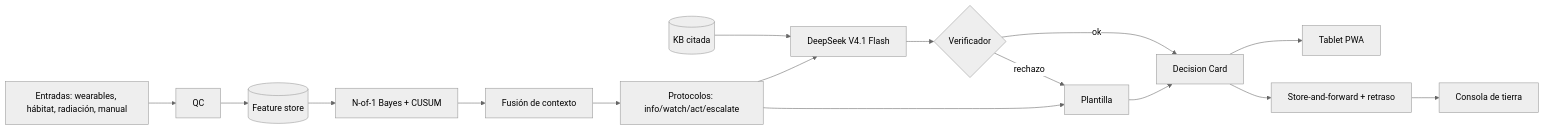
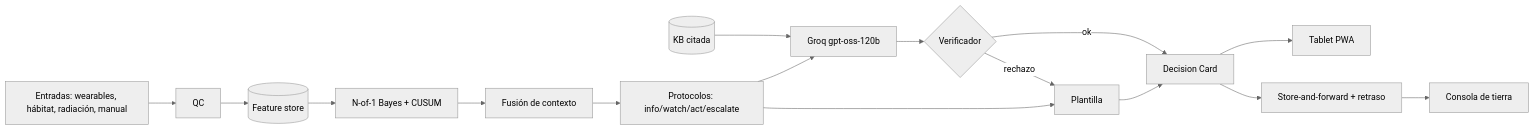
The diagram in vault/03-Architecture/Arquitectura general.md (juanitogit/LIGHTMINUTE), drawn with Mermaid (neutral theme) before and after one commit. The commit also changed 16 other files, not shown here.

````diff
--- a/vault/03-Architecture/Arquitectura general.md
+++ b/vault/03-Architecture/Arquitectura general.md
@@ -8,11 +8,11 @@
 ```mermaid
 flowchart LR
   I[Entradas: wearables, hábitat, radiación, manual] --> Q[QC] --> F[(Feature store)] --> B[N-of-1 Bayes + CUSUM] --> X[Fusión de contexto] --> P[Protocolos: info/watch/act/escalate]
-  K[(KB citada)] --> L[DeepSeek V4.1 Flash] --> V{Verificador}
+  K[(KB citada)] --> L[Groq gpt-oss-120b] --> V{Verificador}
   P --> L
   V -->|ok| C[Decision Card]
   V -->|rechazo| T[Plantilla]
   P --> T --> C
   C --> U[Tablet PWA] 
   C --> S[Store-and-forward + retraso] --> G[Consola de tierra]
 ```
````
